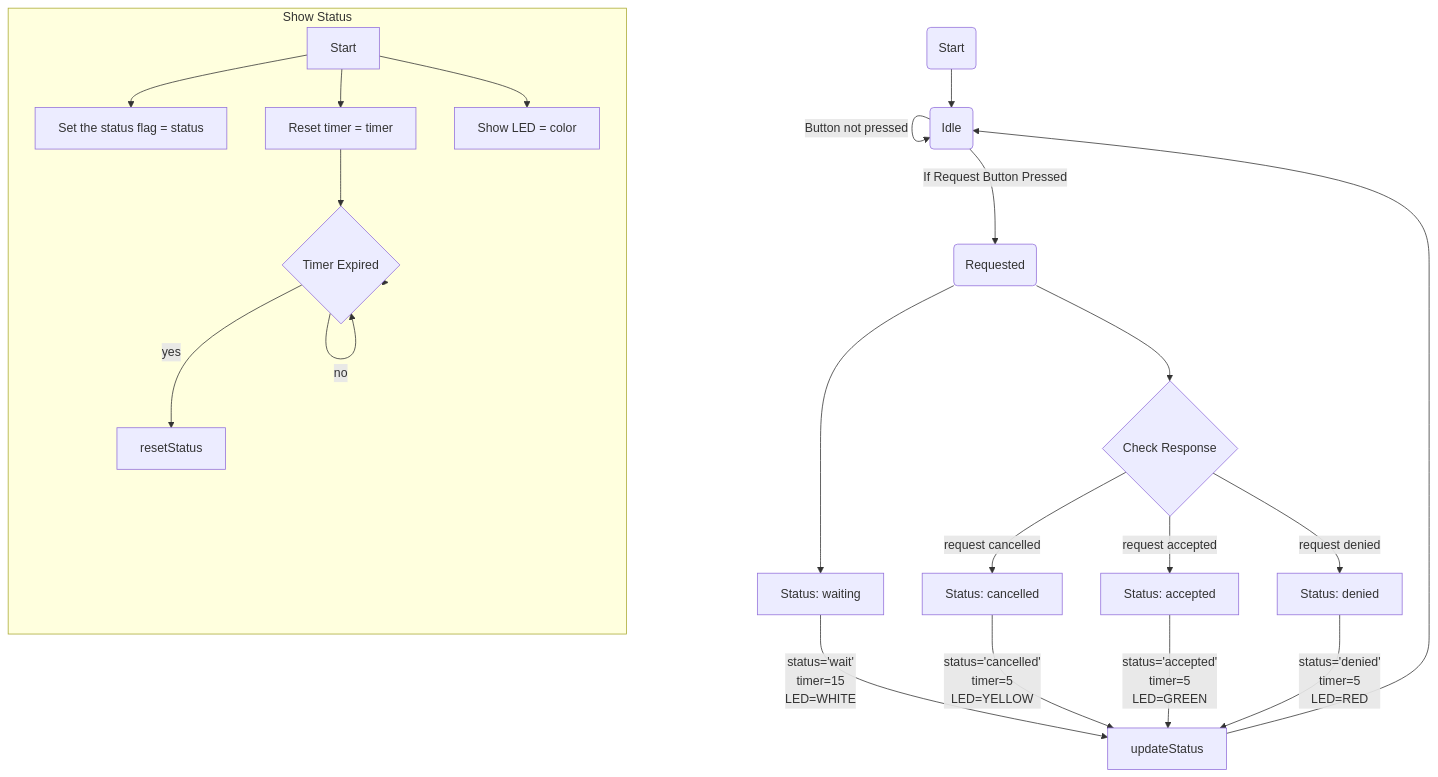
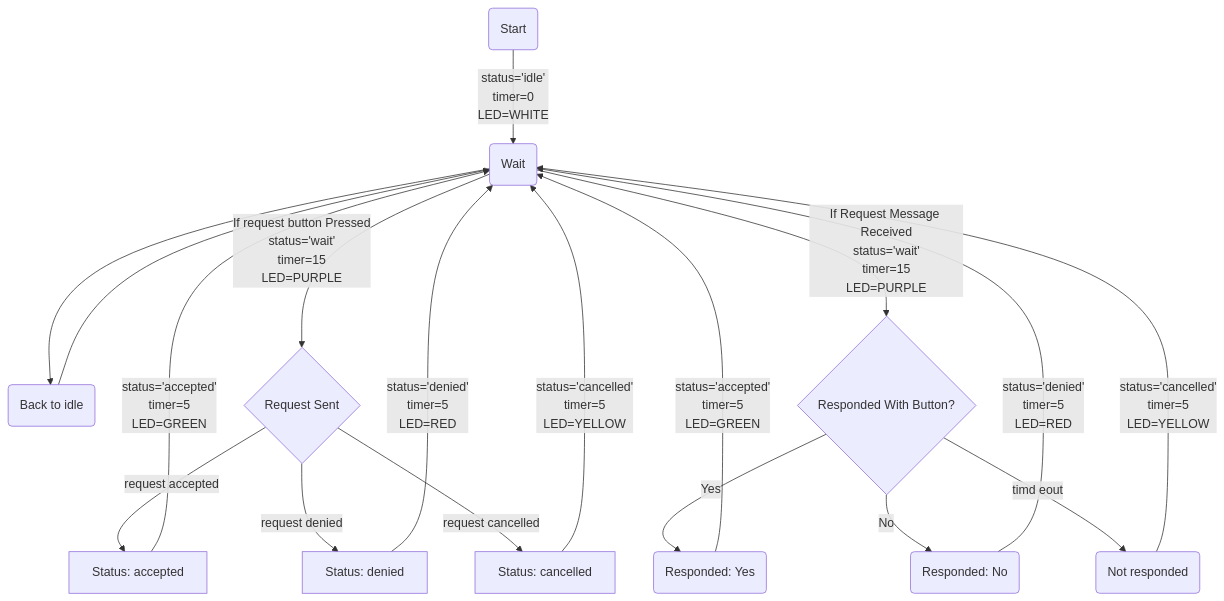
The diagram in README.md (whiskeylover/dndArduino), drawn with Mermaid before and after one commit. The commit also changed 3 other files, not shown here.

````diff
--- a/README.md
+++ b/README.md
@@ -5,59 +1,75 @@
 ```mermaid
+
 flowchart TD
-    start(Start)
-    idle(Idle)
+    state_start(Start)
+    state_wait(Wait)
+    state_back_to_idle(Back to idle)
 
-    requested(Requested)
-    checkResponse{Check Response}
+    state_request_sent{Request Sent}
+    
+    state_request_accepted[Status: accepted]
+    state_request_denied[Status: denied]
+    state_request_timed_out[Status: cancelled]
 
-    showStatusWaiting[Status: waiting]
-    showStatusCancelled[Status: cancelled]
-    showStatusAccepted[Status: accepted]
-    showStatusDenied[Status: denied]
-
-    timerExpire(Timer Expired)
-
-    start --> idle
-    idle --> |Button not pressed| idle
-    idle --> |If Request Button Pressed| requested
-    requested --> showStatusWaiting
-    requested --> checkResponse
-
-    checkResponse --> |request accepted| showStatusAccepted
-    checkResponse --> |request denied| showStatusDenied
-    checkResponse --> |request cancelled| showStatusCancelled
-
-    showStatusWaiting --> |"`status='wait'
-    timer=15
-    LED=WHITE`" |updateStatus
-
-    showStatusCancelled --> |"`status='cancelled'
-    timer=5
-    LED=YELLOW`" |updateStatus
-
-    showStatusAccepted --> |"`status='accepted'
-    timer=5
-    LED=GREEN`" |updateStatus
-
-    showStatusDenied --> |"`status='denied'
-    timer=5
-    LED=RED`" |updateStatus
-
-    updateStatus --> idle
+    state_request_received{Responded With Button?}
+    state_responded_with_yes(Responded: Yes)
+    state_responded_with_no(Responded: No)
+    state_response_timed_out(Not responded)
 
 
-    subgraph showStatus[Show Status]
-    startShowStatus[Start]
-    setStatusFlag[Set the status flag = status]
-    startTimer[Reset timer = timer]
-    setLED[Show LED = color]
+    state_start --> |"`status='idle'
+    timer=0
+    LED=WHITE`" | state_wait
 
-    timerExpire --> |yes| resetStatus
-    timerExpire --> |no| timerExpire
-    startShowStatus --> setStatusFlag & startTimer & setLED
-    startTimer --> timerExpire
-    end
 
-    showStatus --> timerExpire{Timer Expired}
+
+    state_wait --> |"`If request button Pressed
+    status='wait'
+    timer=15
+    LED=PURPLE`" | state_request_sent
+
+    state_wait --> state_back_to_idle
+    state_back_to_idle --> state_wait
+
+    state_request_sent --> |request accepted| state_request_accepted
+    state_request_sent --> |request denied| state_request_denied
+    state_request_sent --> |request cancelled| state_request_timed_out
+
+    state_request_accepted --> |"`status='accepted'
+    timer=5
+    LED=GREEN`" |state_wait
+
+    state_request_denied --> |"`status='denied'
+    timer=5
+    LED=RED`" |state_wait
+
+    state_request_timed_out --> |"`status='cancelled'
+    timer=5
+    LED=YELLOW`" |state_wait
+
+    
+    
+    state_wait --> |"`If Request Message Received
+    status='wait'
+    timer=15
+    LED=PURPLE`" | state_request_received
+
+    state_request_received --> |Yes| state_responded_with_yes
+    state_request_received --> |No| state_responded_with_no
+    state_request_received --> |timd eout| state_response_timed_out
+
+    state_responded_with_yes --> |"`status='accepted'
+    timer=5
+    LED=GREEN`" |state_wait
+
+    state_responded_with_no --> |"`status='denied'
+    timer=5
+    LED=RED`"|state_wait
+
+    state_response_timed_out --> |"`status='cancelled'
+    timer=5
+    LED=YELLOW`" |state_wait
+
+
 
 ```
````
